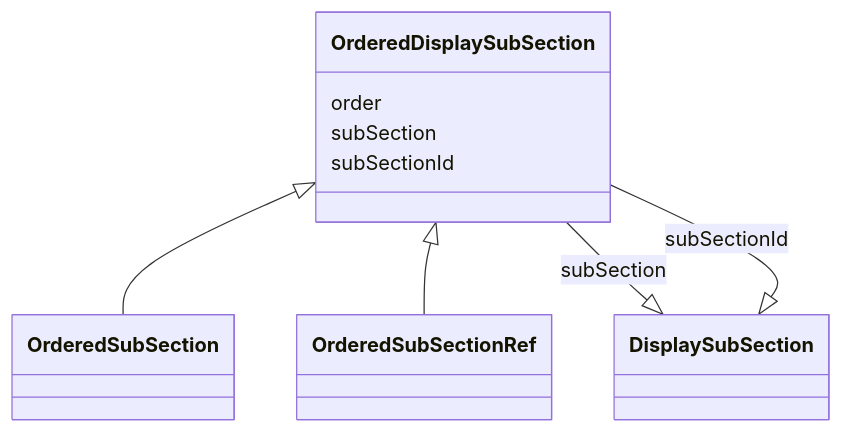
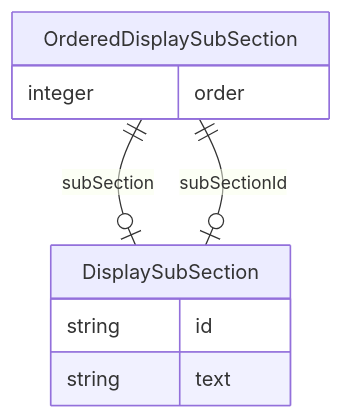
The diagram in project/docs/OrderedDisplaySubSection.md (cdisc-org/analysis-results-standard), drawn with Mermaid before and after one commit. The commit also changed 131 other files, not shown here.

Commit message:
Add top-level diagram to documentation

````diff
--- a/project/docs/OrderedDisplaySubSection.md
+++ b/project/docs/OrderedDisplaySubSection.md
@@ -16,18 +15,14 @@
 ```mermaid
- classDiagram
-    class OrderedDisplaySubSection
-      OrderedDisplaySubSection <|-- OrderedSubSection
-      OrderedDisplaySubSection <|-- OrderedSubSectionRef
-      
-      OrderedDisplaySubSection : order
-        
-      OrderedDisplaySubSection : subSection
-        
-          OrderedDisplaySubSection --|> DisplaySubSection : subSection
-        
-      OrderedDisplaySubSection : subSectionId
-        
-          OrderedDisplaySubSection --|> DisplaySubSection : subSectionId
-        
-      
+erDiagram
+OrderedDisplaySubSection {
+    integer order  
+}
+DisplaySubSection {
+    string id  
+    string text  
+}
+
+OrderedDisplaySubSection ||--|o DisplaySubSection : "subSection"
+OrderedDisplaySubSection ||--|o DisplaySubSection : "subSectionId"
+
 ```
````
